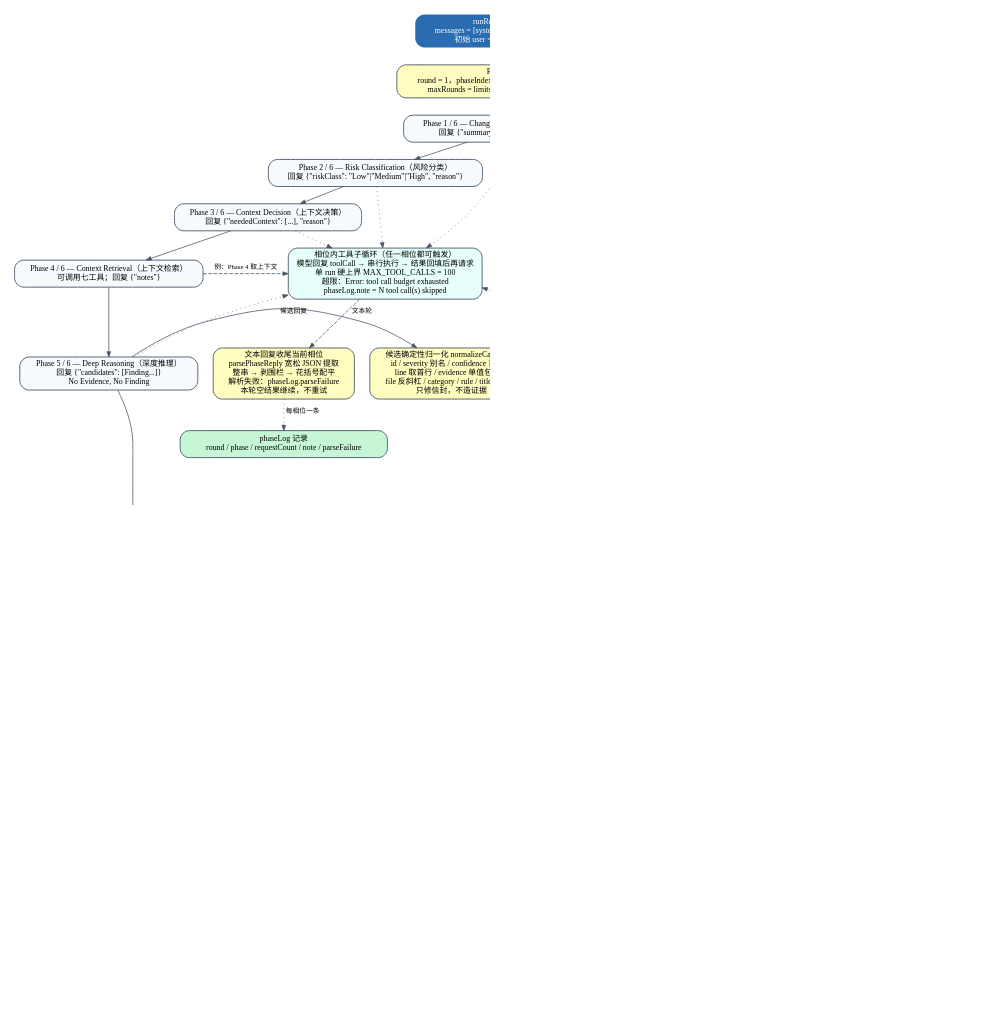
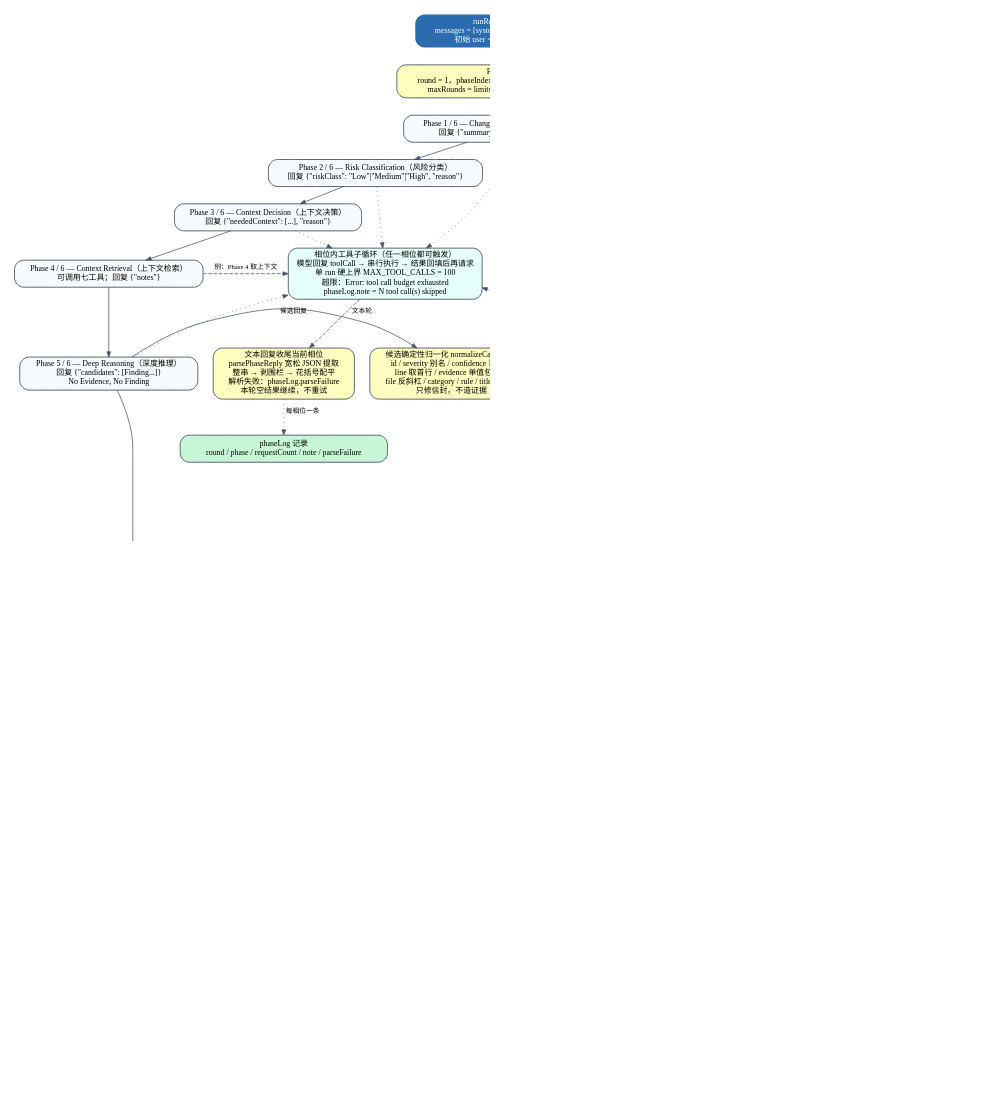
Before and after one commit to ffanwei/ReviewAgent-pi: the diagram in docs/png/review-six-phase.dot, drawn with Graphviz. The commit also changed 15 other files, not shown here.

First line of the commit message:
docs: refresh flow diagrams and reporting docs

```diff
--- a/docs/png/review-six-phase.dot
+++ b/docs/png/review-six-phase.dot
@@ -1,81 +1,82 @@
 digraph review_six_phase {
   graph [charset="UTF-8", rankdir=TB, bgcolor="white", fontname="Microsoft YaHei", fontsize=12,
          newrank=true, nodesep=0.28, ranksep=0.30, pad=0.25, dpi=150];
   node  [shape=box, style="rounded,filled", fontname="Microsoft YaHei", fontsize=10.5,
          color="#4A5568", fillcolor="#F7FAFC", penwidth=1.2, margin="0.14,0.06"];
   edge  [fontname="Microsoft YaHei", fontsize=9, color="#4A5568", arrowsize=0.7];
 
   entry [label="runReviewPass 入口\nmessages = [system prompt, 初始 user 消息]\n初始 user = caseId + issue + diff", fillcolor="#2B6CB0", fontcolor="white", penwidth=0];
   round [label="Round 开始\nround = 1，phaseIndex = 0（0-based，对应 Phase 1）\nmaxRounds = limits.loop.maxRounds（缺省 3）", fillcolor="#FEFCBF"];
 
   p1 [label="Phase 1 / 6 — Change Understanding（变更理解）\n回复 {\"summary\": \"一段英文变更摘要\"}"];
   p2 [label="Phase 2 / 6 — Risk Classification（风险分类）\n回复 {\"riskClass\": \"Low\"|\"Medium\"|\"High\", \"reason\"}"];
   p3 [label="Phase 3 / 6 — Context Decision（上下文决策）\n回复 {\"neededContext\": [...], \"reason\"}"];
   p4 [label="Phase 4 / 6 — Context Retrieval（上下文检索）\n可调用七工具；回复 {\"notes\"}"];
   p5 [label="Phase 5 / 6 — Deep Reasoning（深度推理）\n回复 {\"candidates\": [Finding...]}\nNo Evidence, No Finding"];
   p6 [label="Phase 6 / 6 — Evidence Verification（证据核验）\n回复 {\"verdicts\": [{id, pass, reason}], \"complete\": bool}\n每个候选一条裁决；complete=false 表示还要再审"];
 
   tools [label="相位内工具子循环（任一相位都可触发）\n模型回复 toolCall → 串行执行 → 结果回填后再请求\n单 run 硬上界 MAX_TOOL_CALLS = 100\n超限：Error: tool call budget exhausted\nphaseLog.note = N tool call(s) skipped", fillcolor="#E6FFFA"];
   parse [label="文本回复收尾当前相位\nparsePhaseReply 宽松 JSON 提取\n整串 → 剥围栏 → 花括号配平\n解析失败：phaseLog.parseFailure\n本轮空结果继续，不重试", fillcolor="#FEFCBF"];
   phaseLog [label="phaseLog 记录\nround / phase / requestCount / note / parseFailure", fillcolor="#C6F6D5"];
 
   norm [label="候选确定性归一化 normalizeCandidates\nid / severity 别名 / confidence 百分数\nline 取首行 / evidence 单值包数组\nfile 反斜杠 / category / rule / title 去空白\n只修信封，不造证据", fillcolor="#FEFCBF"];
 
   subgraph cluster_skill {
     label="Phase 5 文本收尾之后、Phase 6 指令之前：规则 Skill 会话（ADR-0014）";
     fontname="Microsoft YaHei"; fontsize=10.5; color="#D6BCFA"; style="rounded,dashed";
     skill_start [label="对每个未降级的规则包\n独立 Agent，种子 = Phase 5 末消息快照\n各自 fork Ledger（互不可见）", fillcolor="#FAF5FF"];
-    skill_run   [label="skill 会话\n七检视工具 + bash（跑包内脚本）\n单请求 reviewTurnMs 180s\n整会话 skillPassMs 1200s", fillcolor="#FAF5FF"];
+    skill_run   [label="skill 会话\n七检视工具 + bash（跑包内脚本）\n单请求 reviewTurnMs 180s\n整会话 skillPassMs 1200s\nbash 单次 skillBashMs 120s", fillcolor="#FAF5FF"];
     skill_time  [label="超时 / 失败\nstatus = failed，degradedReason\n不拖垮主检视", fillcolor="#FED7D7"];
-    skill_norm  [label="候选归一化\nid 前缀 round-N-skill-K-candidate-", fillcolor="#FAF5FF"];
-    skill_merge [label="与主候选跨 skill 去重\nkey = (file, line, category)\n存活候选并入本轮候选流", fillcolor="#FAF5FF"];
+    skill_norm  [label="候选归一化\nid 模板 RULE-CHECK@<skill>@<file>:<line>\n缺 id → round-N-skill-K-candidate-I", fillcolor="#FAF5FF"];
+    skill_merge [label="与主候选跨 skill 去重\nkey = (file, line, category)\n主候选占键、永不被丢弃\n存活候选并入本轮候选流", fillcolor="#FAF5FF"];
     skill_start -> skill_run -> skill_norm -> skill_merge;
     skill_run -> skill_time [label=" 失败 "];
     skill_time -> skill_merge [style=dashed, label=" 空候选 "];
   }
 
   repair [label="有界候选修复（P1）\n只挑 schema 仍非法的候选\n整 run 最多 2 次调用 / 每次最多 8 条\n复用 oneShotMs + oneShot 重试\n强制保留原 id（Phase 6 对齐键）", fillcolor="#FEFCBF"];
 
   subgraph cluster_gate {
     label="候选拦截链 applyCandidateGate（每候选只留首个失败阶段）";
     fontname="Microsoft YaHei"; fontsize=10.5; color="#F6AD55"; style="rounded,dashed";
     g1 [label="1. SCHEMA_INVALID\n十字段校验失败", fillcolor="#FFF5F5"];
     g2 [label="2. NON_ENGLISH\ntitle / description / evidence 含 CJK", fillcolor="#FFF5F5"];
     g3 [label="3. NO_EVIDENCE\nevidence 为空数组或全空串", fillcolor="#FFF5F5"];
     g4 [label="4. VERIFICATION_FAILED\n无裁决 / pass=false", fillcolor="#FFF5F5"];
-    g5 [label="5. DUPLICATE_ID\n跨轮内容键 (file,line,title) 已发过", fillcolor="#FFF5F5"];
-    g1 -> g2 -> g3 -> g4 -> g5;
+    g5 [label="5. OUT_OF_SCOPE\nfindingScope 开启：文件不在 diff\n或行号出 hunk ±10 行", fillcolor="#FFF5F5"];
+    g6 [label="6. DUPLICATE_ID\n跨轮内容键 (file,line,title) 已发过", fillcolor="#FFF5F5"];
+    g1 -> g2 -> g3 -> g4 -> g5 -> g6;
   }
 
   finding [label="Finding 产出\nid / severity / category / file / line\ntitle / description / evidence / rule / confidence", fillcolor="#C6F6D5"];
   decision[label="本轮结束判定", shape=diamond, fillcolor="#FEFCBF"];
   finish [label="结束\ncomplete = complete && !truncated\nfindings 返回给 runReviewPass\n落盘 transcript / reviews_en.json / audit", fillcolor="#2B6CB0", fontcolor="white", penwidth=0];
   next   [label="round += 1\nphaseIndex = 0\n清空本轮候选与裁决\n（最后一轮强制 complete，不置 truncated）", fillcolor="#FEFCBF"];
   trunc  [label="finish_reason = length\n→ truncated = true\n原因 MODEL_MAX_TOKENS_REACHED", fillcolor="#FED7D7"];
 
   entry -> round -> p1 -> p2 -> p3 -> p4 -> p5 -> p6;
   p4 -> tools [style=dashed, label=" 例：Phase 4 取上下文 "];
   p1 -> tools [style=dotted];
   p2 -> tools [style=dotted];
   p3 -> tools [style=dotted];
   p5 -> tools [style=dotted];
   p6 -> tools [style=dotted];
   tools -> parse [style=dashed, label=" 文本轮 "];
   parse -> phaseLog [style=dotted, label=" 每相位一条 "];
   p5 -> norm [label=" 候选回复 "];
   norm -> skill_start;
   skill_merge -> p6 [label=" 两批候选一起交给 Phase 6 "];
   p6 -> repair -> g1;
-  g5 -> finding [label=" 全部通过 "];
+  g6 -> finding [label=" 全部通过 "];
   g1 -> decision [style=dashed, label=" 任一失败 → rejection（不影响其他候选） "];
   finding -> decision;
   decision -> finish [label=" complete 或 round >= maxRounds "];
   decision -> next [label=" 未完成且还有轮次 "];
   next -> p1 [style=dashed, label=" 下一轮 Phase 1 "];
   trunc -> decision [style=dashed, label=" 截断不宣称完整 "];
 
   { rank=same; p4; tools; }
   { rank=same; p5; norm; skill_start; }
   { rank=same; p6; repair; g1; }
   { rank=same; decision; }
 }
```
